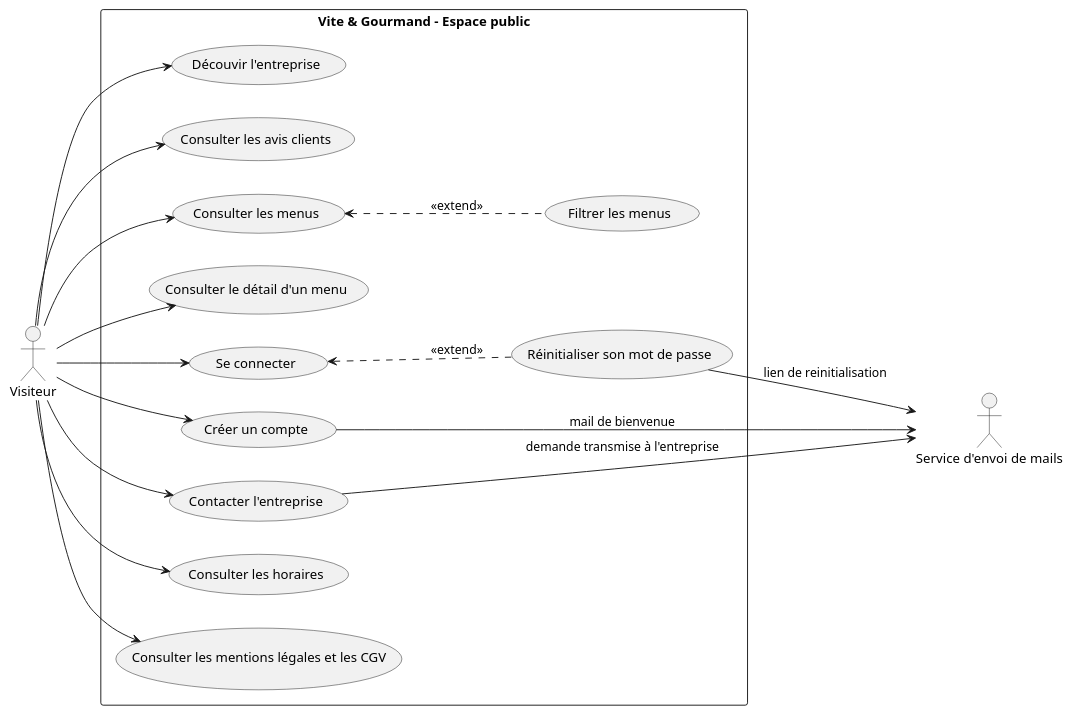
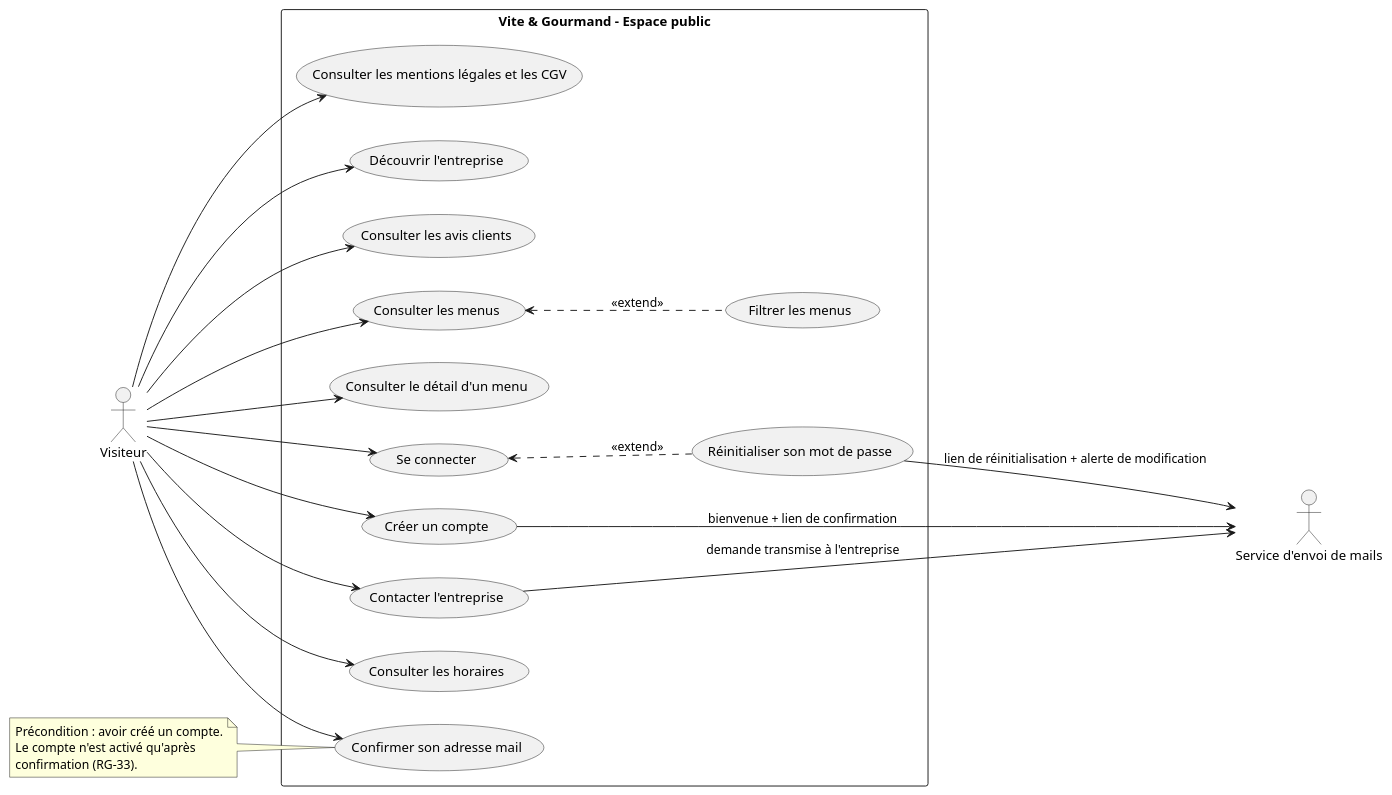
The diagram in docs/diagrammes/cas-utilisation-public.puml (NicolasMiguelRG/vite_gourmand), drawn with PlantUML before and after one commit.

Commit message:
docs: met à jour le diagramme de cas d'utilisation public

```diff
--- a/docs/diagrammes/cas-utilisation-public.puml
+++ b/docs/diagrammes/cas-utilisation-public.puml
@@ -1,38 +1,46 @@
-@startuml cas-utilisation-public 
-left to right direction 
+@startuml cas-utilisation-public
+left to right direction
 
 actor Visiteur
-actor "Service d'envoi de mails" as Mail 
+actor "Service d'envoi de mails" as Mail
 
 rectangle "Vite & Gourmand - Espace public" {
-    usecase "Découvir l'entreprise" as UC1
+    usecase "Découvrir l'entreprise" as UC1
     usecase "Consulter les avis clients" as UC2
     usecase "Consulter les menus" as UC3
     usecase "Filtrer les menus" as UC4
     usecase "Consulter le détail d'un menu" as UC5
     usecase "Créer un compte" as UC6
+    usecase "Confirmer son adresse mail" as UC12
     usecase "Se connecter" as UC7
     usecase "Réinitialiser son mot de passe" as UC8
     usecase "Contacter l'entreprise" as UC9
     usecase "Consulter les horaires" as UC10
     usecase "Consulter les mentions légales et les CGV" as UC11
 }
 
 Visiteur --> UC1
 Visiteur --> UC2
 Visiteur --> UC3
 Visiteur --> UC5
 Visiteur --> UC6
+Visiteur --> UC12
 Visiteur --> UC7
 Visiteur --> UC9
 Visiteur --> UC10
 Visiteur --> UC11
 
 UC3 <.. UC4 : <<extend>>
 UC7 <.. UC8 : <<extend>>
 
-UC6 --> Mail : mail de bienvenue
-UC8 --> Mail : lien de reinitialisation
+note left of UC12
+  Précondition : avoir créé un compte.
+  Le compte n'est activé qu'après
+  confirmation (RG-33).
+end note
+
+UC6 --> Mail : bienvenue + lien de confirmation
+UC8 --> Mail : lien de réinitialisation + alerte de modification
 UC9 --> Mail : demande transmise à l'entreprise
 
 @enduml
```
